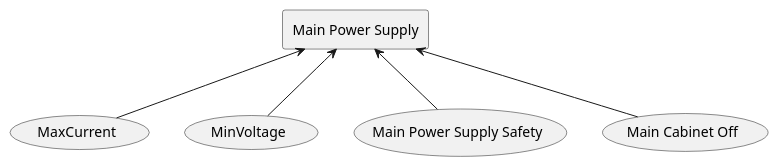
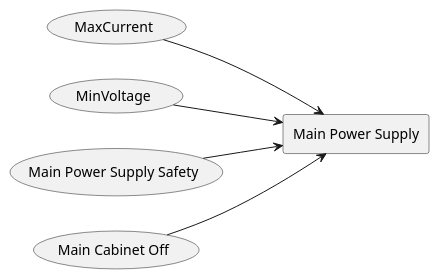
Before and after one commit to lsst-ts/ts_tma_tma-documentation_tma-faults: diagram 14 of 18 in README.md, drawn with PlantUML. The commit also changed other lines of this file, not shown here.

Commit message:
refactor: change the diagrams to be left to right instead of top to bottom

````diff
--- a/README.md
+++ b/README.md
@@ -880,18 +892,19 @@
 ```plantuml
 @startuml
+left to right direction
 rectangle "Main Power Supply" as MainPowerSupply
 usecase "MaxCurrent" as MaxCurrent
 
-MaxCurrent -u-> MainPowerSupply
+MaxCurrent --> MainPowerSupply
 usecase "MinVoltage" as MinVoltage
 
-MinVoltage -u-> MainPowerSupply
+MinVoltage --> MainPowerSupply
 usecase "Main Power Supply Safety" as MainPowerSupplySafety
 
-MainPowerSupplySafety -u-> MainPowerSupply
+MainPowerSupplySafety --> MainPowerSupply
 usecase "Main Cabinet Off" as MainCabinetOff
 
-MainCabinetOff -u-> MainPowerSupply
+MainCabinetOff --> MainPowerSupply
 
 @enduml
 ```
````
